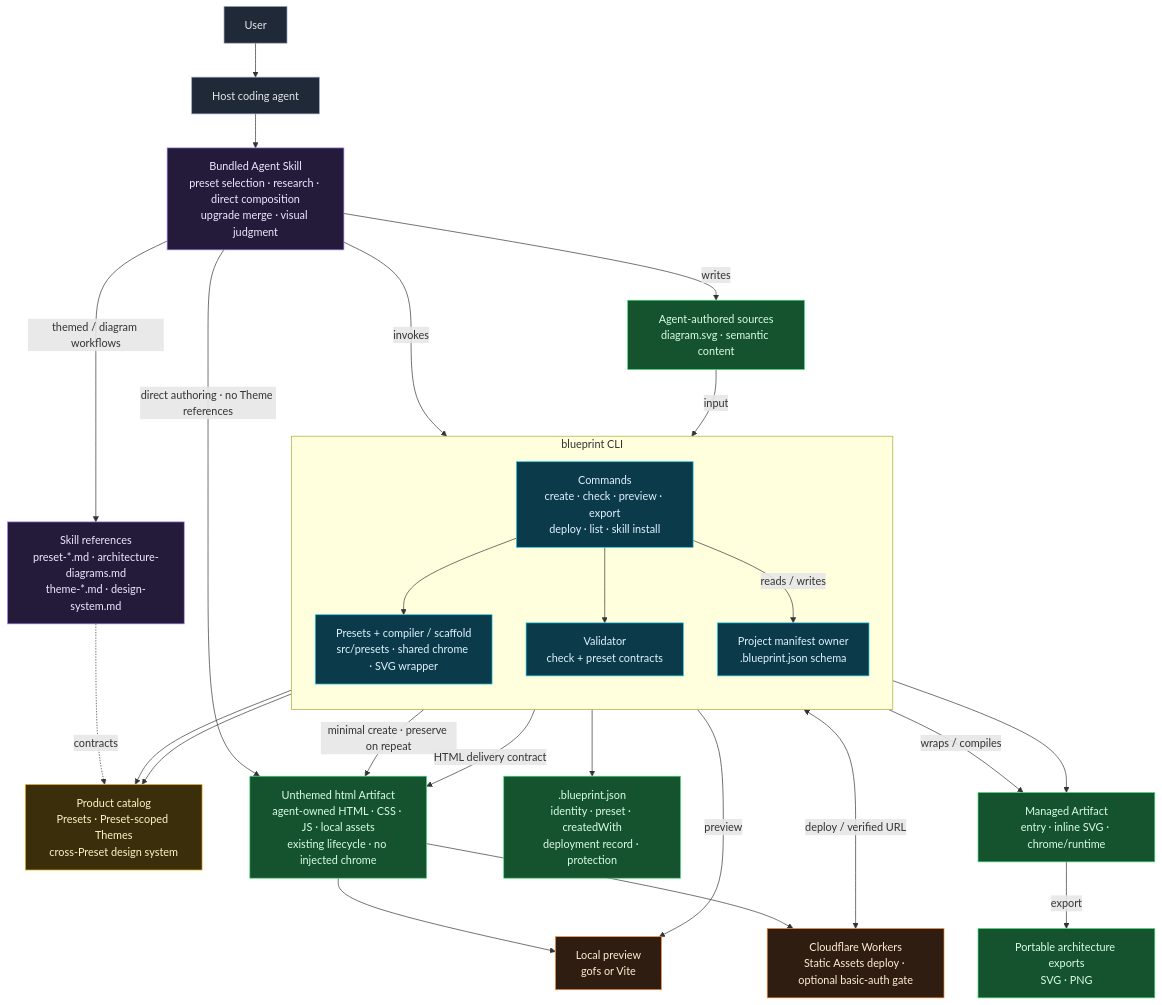
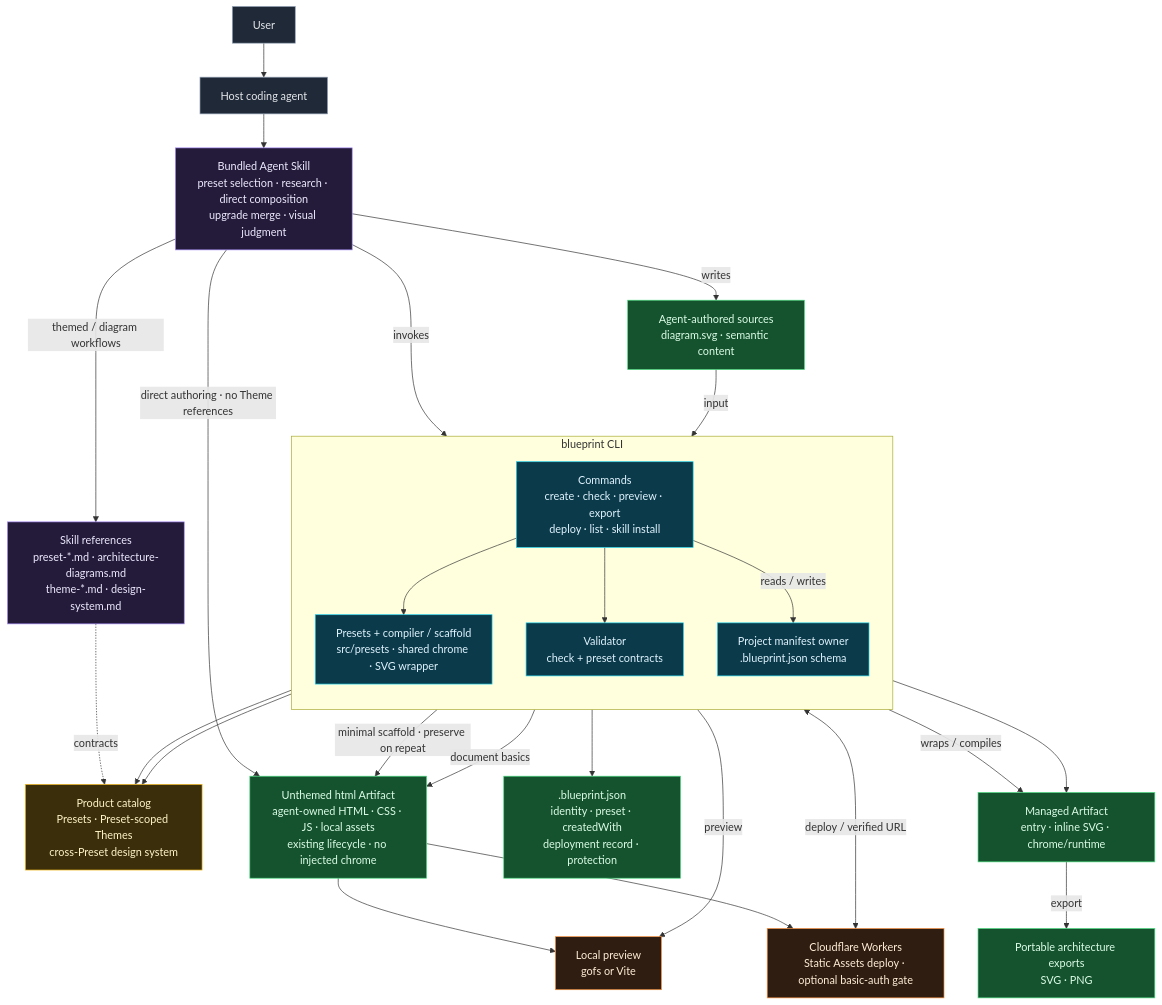
One commit to samzong/blueprint changed the diagram in docs/architecture/live/blueprint.mmd. Above: the diagram before and after it, drawn with Mermaid. The commit also changed 10 other files, not shown here.

First line of the commit message:
refactor(html): reuse scaffold lifecycle for the html preset

```diff
--- a/docs/architecture/live/blueprint.mmd
+++ b/docs/architecture/live/blueprint.mmd
@@ -1,60 +1,60 @@
 %% blueprint — CLI + Agent Skill architecture
 %% Single source of truth for this repository's system boundary.
 %% UPDATE THIS FILE in the same change whenever the architecture changes.
 %% See README.md in this directory.
 flowchart TB
     classDef actor fill:#1f2937,stroke:#94a3b8,stroke-width:1px,color:#e5e7eb
     classDef skill fill:#241b3a,stroke:#a78bfa,stroke-width:1px,color:#ede9fe
     classDef cli fill:#0b3b4a,stroke:#22d3ee,stroke-width:1px,color:#e0f2fe
     classDef catalog fill:#3b2f0b,stroke:#fbbf24,stroke-width:1px,color:#fef3c7
     classDef artifact fill:#14532d,stroke:#4ade80,stroke-width:1px,color:#dcfce7
     classDef external fill:#2f1d12,stroke:#fb923c,stroke-width:1px,color:#ffedd5
 
     User["User"]:::actor
     Agent["Host coding agent"]:::actor
 
     Skill["Bundled Agent Skill<br/>preset selection · research · direct composition<br/>upgrade merge · visual judgment"]:::skill
     Refs["Skill references<br/>preset-*.md · architecture-diagrams.md<br/>theme-*.md · design-system.md"]:::skill
 
     subgraph CLI["blueprint CLI"]
         direction TB
         Commands["Commands<br/>create · check · preview · export<br/>deploy · list · skill install"]:::cli
         Compiler["Presets + compiler / scaffold<br/>src/presets · shared chrome · SVG wrapper"]:::cli
         Validator["Validator<br/>check + preset contracts"]:::cli
         Manifest["Project manifest owner<br/>.blueprint.json schema"]:::cli
         Commands --> Compiler
         Commands --> Validator
         Commands -->|"reads / writes"| Manifest
     end
 
     Catalog["Product catalog<br/>Presets · Preset-scoped Themes<br/>cross-Preset design system"]:::catalog
 
     Sources["Agent-authored sources<br/>diagram.svg · semantic content"]:::artifact
     Artifact["Managed Artifact<br/>entry · inline SVG · chrome/runtime"]:::artifact
     ProjectMeta[".blueprint.json<br/>identity · preset · createdWith<br/>deployment record · protection"]:::artifact
     Html["Unthemed html Artifact<br/>agent-owned HTML · CSS · JS · local assets<br/>existing lifecycle · no injected chrome"]:::artifact
     Portable["Portable architecture exports<br/>SVG · PNG"]:::artifact
 
     Preview["Local preview<br/>gofs or Vite"]:::external
     Wrangler["Cloudflare Workers<br/>Static Assets deploy · optional basic-auth gate"]:::external
 
     User --> Agent
     Agent --> Skill
     Skill -->|"themed / diagram workflows"| Refs
     Skill -->|"invokes"| Commands
     Skill -->|"writes"| Sources
     Skill -->|"direct authoring · no Theme references"| Html
-    Commands -->|"minimal create · preserve on repeat"| Html
-    Validator -->|"HTML delivery contract"| Html
+    Compiler -->|"minimal scaffold · preserve on repeat"| Html
+    Validator -->|"document basics"| Html
     Html --> Preview
     Html --> Wrangler
     Refs -.->|"contracts"| Catalog
     Compiler --> Catalog
     Validator --> Catalog
     Sources -->|"input"| Compiler
     Compiler -->|"wraps / compiles"| Artifact
     Artifact -->|"export"| Portable
     Validator --> Artifact
     Manifest --> ProjectMeta
     Commands -->|"preview"| Preview
     Commands <-->|"deploy / verified URL"| Wrangler
```
